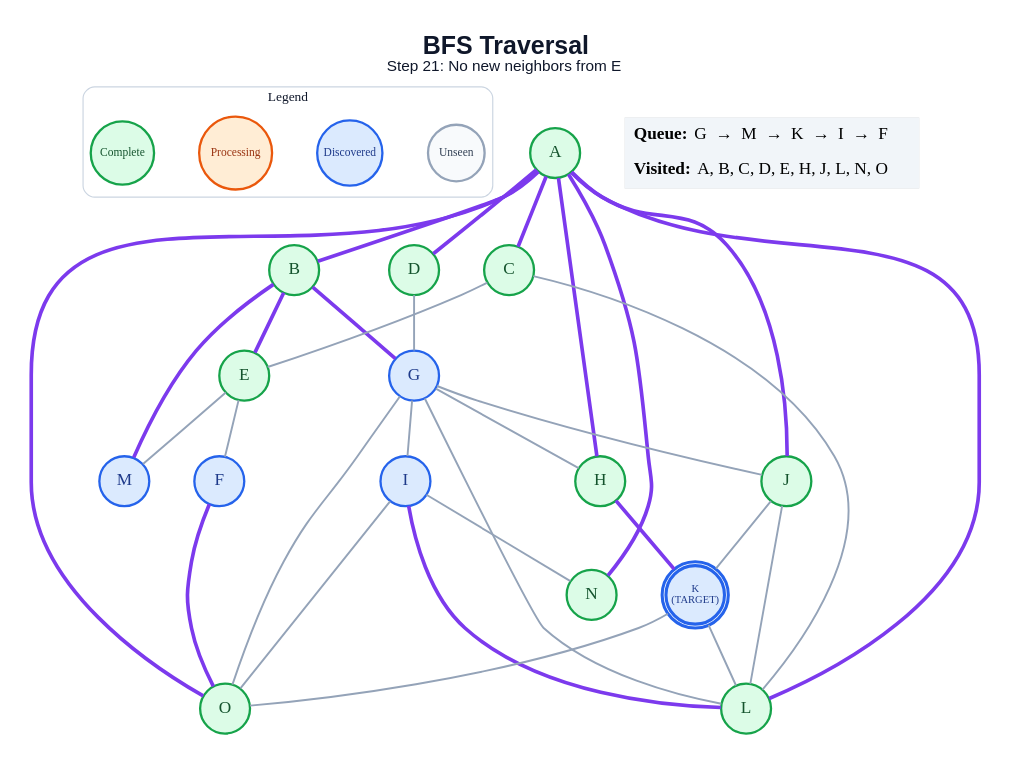
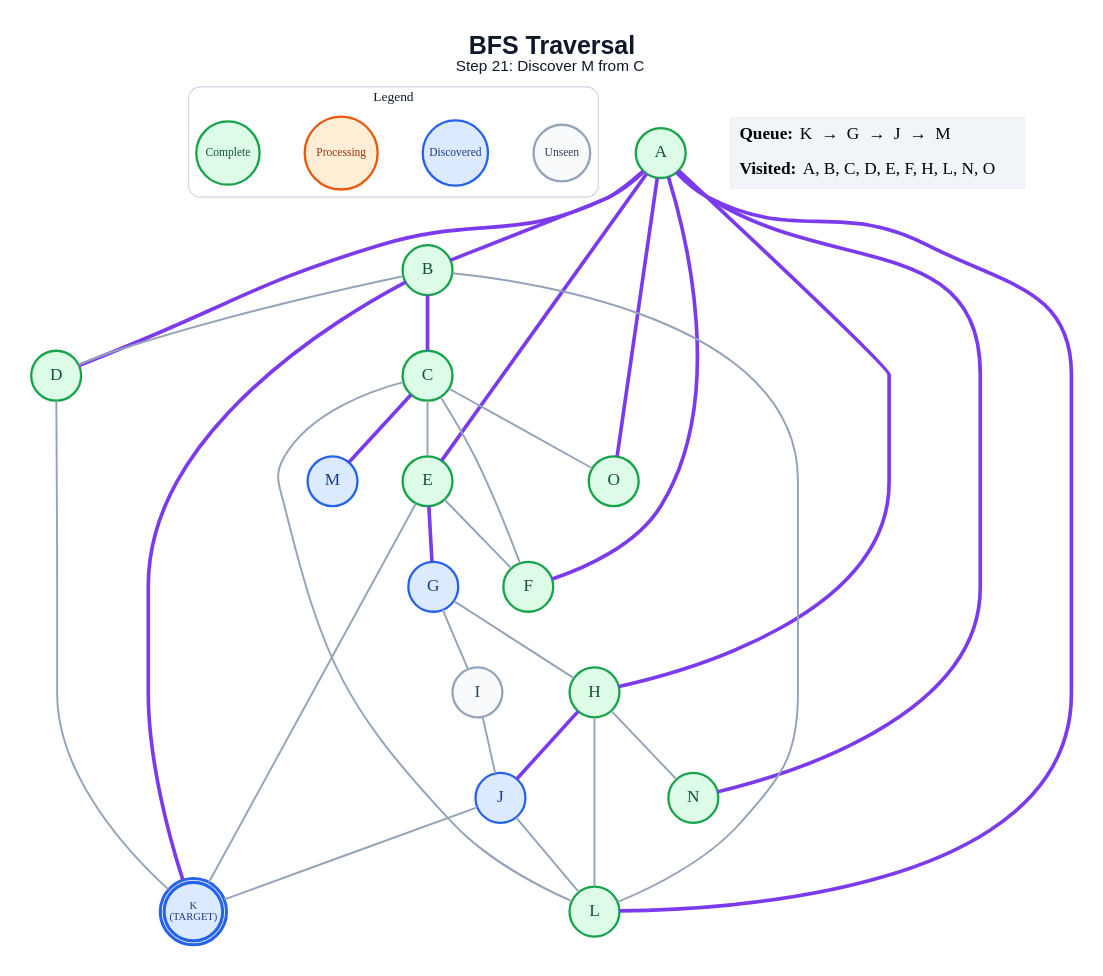
Before and after one commit to anon7238593-create/ai-slop: the diagram in generated/specific-node/bfs/step_21.dot, drawn with Graphviz. The commit also changed 293 other files, not shown here.

```diff
--- a/generated/specific-node/bfs/step_21.dot
+++ b/generated/specific-node/bfs/step_21.dot
@@ -1,64 +1,63 @@
 graph traversal {
   graph [layout=dot, rankdir=TB, bgcolor="#FFFFFF", pad="0.35", nodesep="0.65", ranksep="0.8", fontname="Arial"];
   node [shape=circle, style="filled", fontname="Arial Bold", fontsize=18, width=0.72, fixedsize=true, penwidth=2.4];
   edge [color="#94A3B8", penwidth=2.0];
-  label=<<B>BFS Traversal</B><BR/><FONT POINT-SIZE="16">Step 21: No new neighbors from E</FONT>>; labelloc="t"; fontsize=26; fontname="Arial"; fontcolor="#0F172A";
+  label=<<B>BFS Traversal</B><BR/><FONT POINT-SIZE="16">Step 21: Discover M from C</FONT>>; labelloc="t"; fontsize=26; fontname="Arial"; fontcolor="#0F172A";
   subgraph cluster_legend { label="Legend"; color="#CBD5E1"; penwidth=1.2; style="rounded"; fontsize=14; fontname="Arial Bold";
     key_unseen [label="Unseen", fillcolor="#F8FAFC", color="#94A3B8", fontcolor="#334155", fontsize=12, width=0.82];
     key_frontier [label="Discovered", fillcolor="#DBEAFE", color="#2563EB", fontcolor="#1E3A8A", fontsize=12, width=0.95];
     key_current [label="Processing", fillcolor="#FFEDD5", color="#EA580C", fontcolor="#9A3412", fontsize=12, width=1.05];
     key_done [label="Complete", fillcolor="#DCFCE7", color="#16A34A", fontcolor="#14532D", fontsize=12, width=0.92];
     { rank=same; key_unseen; key_frontier; key_current; key_done; }
   }
   A [label="A", fillcolor="#DCFCE7", color="#16A34A", fontcolor="#14532D", peripheries=1, penwidth=2.4];
   B [label="B", fillcolor="#DCFCE7", color="#16A34A", fontcolor="#14532D", peripheries=1, penwidth=2.4];
   C [label="C", fillcolor="#DCFCE7", color="#16A34A", fontcolor="#14532D", peripheries=1, penwidth=2.4];
   D [label="D", fillcolor="#DCFCE7", color="#16A34A", fontcolor="#14532D", peripheries=1, penwidth=2.4];
   E [label="E", fillcolor="#DCFCE7", color="#16A34A", fontcolor="#14532D", peripheries=1, penwidth=2.4];
-  F [label="F", fillcolor="#DBEAFE", color="#2563EB", fontcolor="#1E3A8A", peripheries=1, penwidth=2.4];
+  F [label="F", fillcolor="#DCFCE7", color="#16A34A", fontcolor="#14532D", peripheries=1, penwidth=2.4];
   G [label="G", fillcolor="#DBEAFE", color="#2563EB", fontcolor="#1E3A8A", peripheries=1, penwidth=2.4];
   H [label="H", fillcolor="#DCFCE7", color="#16A34A", fontcolor="#14532D", peripheries=1, penwidth=2.4];
-  I [label="I", fillcolor="#DBEAFE", color="#2563EB", fontcolor="#1E3A8A", peripheries=1, penwidth=2.4];
-  J [label="J", fillcolor="#DCFCE7", color="#16A34A", fontcolor="#14532D", peripheries=1, penwidth=2.4];
+  I [label="I", fillcolor="#F8FAFC", color="#94A3B8", fontcolor="#334155", peripheries=1, penwidth=2.4];
+  J [label="J", fillcolor="#DBEAFE", color="#2563EB", fontcolor="#1E3A8A", peripheries=1, penwidth=2.4];
   K [label="K\n(TARGET)", fillcolor="#DBEAFE", color="#2563EB", fontcolor="#1E3A8A", peripheries=2, penwidth=3.2, fontsize=11, width=0.85, height=0.85];
   L [label="L", fillcolor="#DCFCE7", color="#16A34A", fontcolor="#14532D", peripheries=1, penwidth=2.4];
   M [label="M", fillcolor="#DBEAFE", color="#2563EB", fontcolor="#1E3A8A", peripheries=1, penwidth=2.4];
   N [label="N", fillcolor="#DCFCE7", color="#16A34A", fontcolor="#14532D", peripheries=1, penwidth=2.4];
   O [label="O", fillcolor="#DCFCE7", color="#16A34A", fontcolor="#14532D", peripheries=1, penwidth=2.4];
   A -- B [color="#7C3AED", penwidth=3.8];
-  A -- C [color="#7C3AED", penwidth=3.8];
   A -- D [color="#7C3AED", penwidth=3.8];
+  A -- E [color="#7C3AED", penwidth=3.8];
+  A -- F [color="#7C3AED", penwidth=3.8];
   A -- H [color="#7C3AED", penwidth=3.8];
-  A -- J [color="#7C3AED", penwidth=3.8];
   A -- L [color="#7C3AED", penwidth=3.8];
   A -- N [color="#7C3AED", penwidth=3.8];
   A -- O [color="#7C3AED", penwidth=3.8];
-  B -- E [color="#7C3AED", penwidth=3.8];
-  B -- G [color="#7C3AED", penwidth=3.8];
-  B -- M [color="#7C3AED", penwidth=3.8];
+  B -- C [color="#7C3AED", penwidth=3.8];
+  B -- D;
+  B -- K [color="#7C3AED", penwidth=3.8];
+  B -- L;
   C -- E;
+  C -- F;
   C -- L;
-  D -- G;
+  C -- M [color="#7C3AED", penwidth=3.8];
+  C -- O;
+  D -- K;
   E -- F;
-  E -- M;
-  F -- O [color="#7C3AED", penwidth=3.8];
+  E -- G [color="#7C3AED", penwidth=3.8];
+  E -- K;
   G -- H;
   G -- I;
-  G -- J;
-  G -- L;
-  G -- O;
-  H -- K [color="#7C3AED", penwidth=3.8];
-  I -- L [color="#7C3AED", penwidth=3.8];
-  I -- N;
-  I -- O;
+  H -- J [color="#7C3AED", penwidth=3.8];
+  H -- L;
+  H -- N;
+  I -- J;
   J -- K;
   J -- L;
-  K -- L;
-  K -- O;
   status [shape=plain, fixedsize=false, width=0, height=0, margin=0, label=<
     <TABLE BORDER="0" CELLBORDER="0" CELLPADDING="7" BGCOLOR="#F1F5F9">
-      <TR><TD ALIGN="LEFT"><B>Queue:</B> G  →  M  →  K  →  I  →  F</TD></TR>
-      <TR><TD ALIGN="LEFT"><B>Visited:</B> A, B, C, D, E, H, J, L, N, O</TD></TR>
+      <TR><TD ALIGN="LEFT"><B>Queue:</B> K  →  G  →  J  →  M</TD></TR>
+      <TR><TD ALIGN="LEFT"><B>Visited:</B> A, B, C, D, E, F, H, L, N, O</TD></TR>
     </TABLE>
   >];
 }
```
